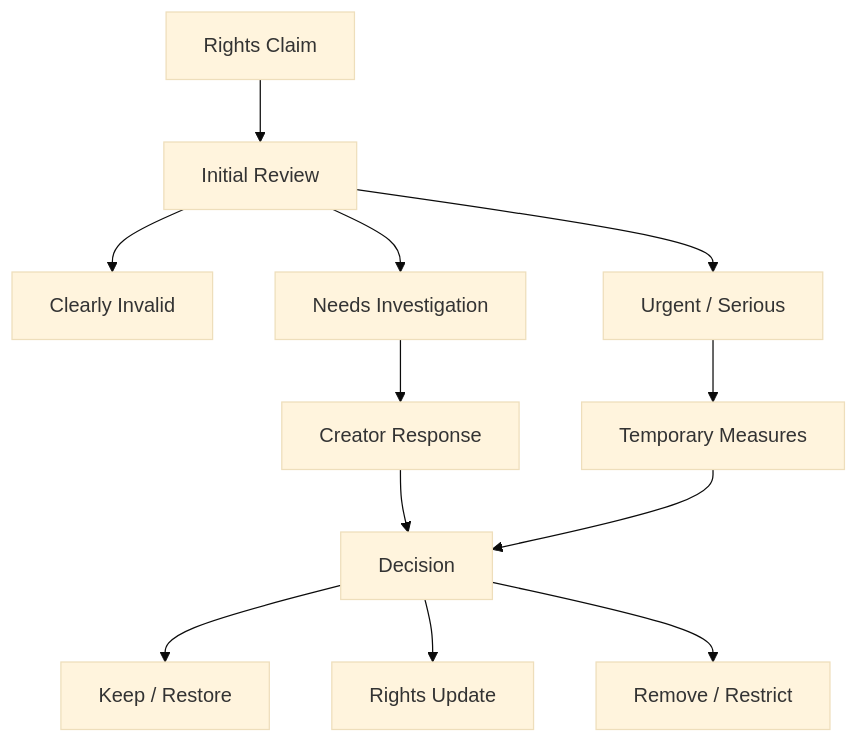
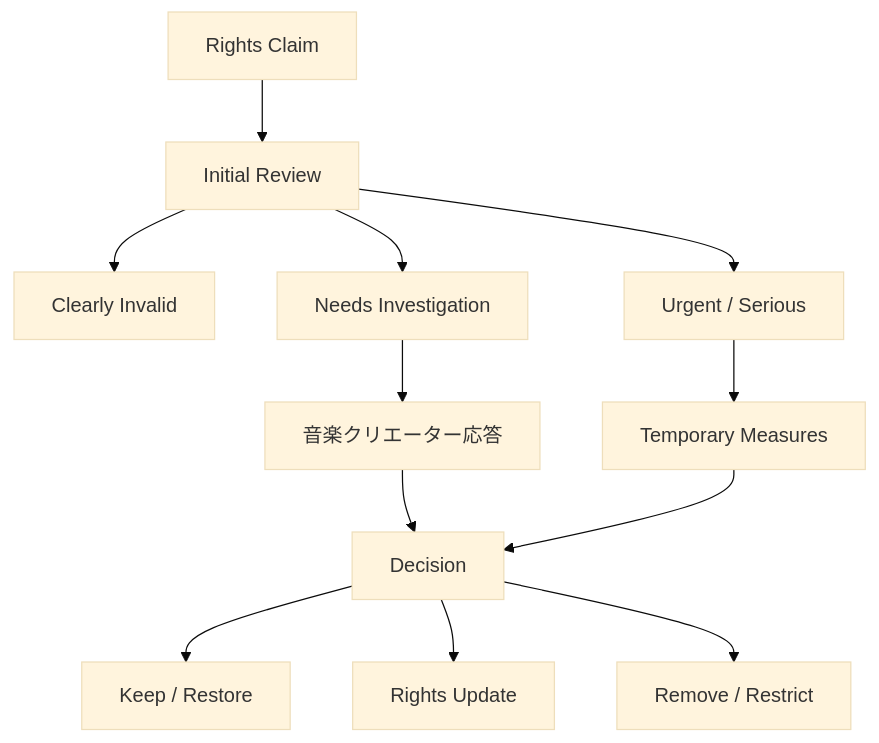
One commit to ShigeichiroYamasaki/creator-first-platform changed diagram 18 of 29 in docs/whitepaper/05-creator-onboarding.md. Above: the diagram before and after it, drawn with Mermaid (base theme). The commit also changed other lines of this file and 67 other files, not shown here.

````diff
--- a/docs/whitepaper/05-creator-onboarding.md
+++ b/docs/whitepaper/05-creator-onboarding.md
@@ -578,19 +578,19 @@
 ```mermaid
 flowchart TD
     CLAIM[Rights Claim]
     CLAIM --> TRIAGE[Initial Review]
 
     TRIAGE --> CLEAR[Clearly Invalid]
     TRIAGE --> REVIEW[Needs Investigation]
     TRIAGE --> URGENT[Urgent / Serious]
 
-    REVIEW --> CREATOR[Creator Response]
+    REVIEW --> CREATOR[音楽クリエーター応答]
     URGENT --> HOLD[Temporary Measures]
 
     CREATOR --> DECISION[Decision]
     HOLD --> DECISION
 
     DECISION --> KEEP[Keep / Restore]
     DECISION --> UPDATE[Rights Update]
     DECISION --> REMOVE[Remove / Restrict]
 ```
````
